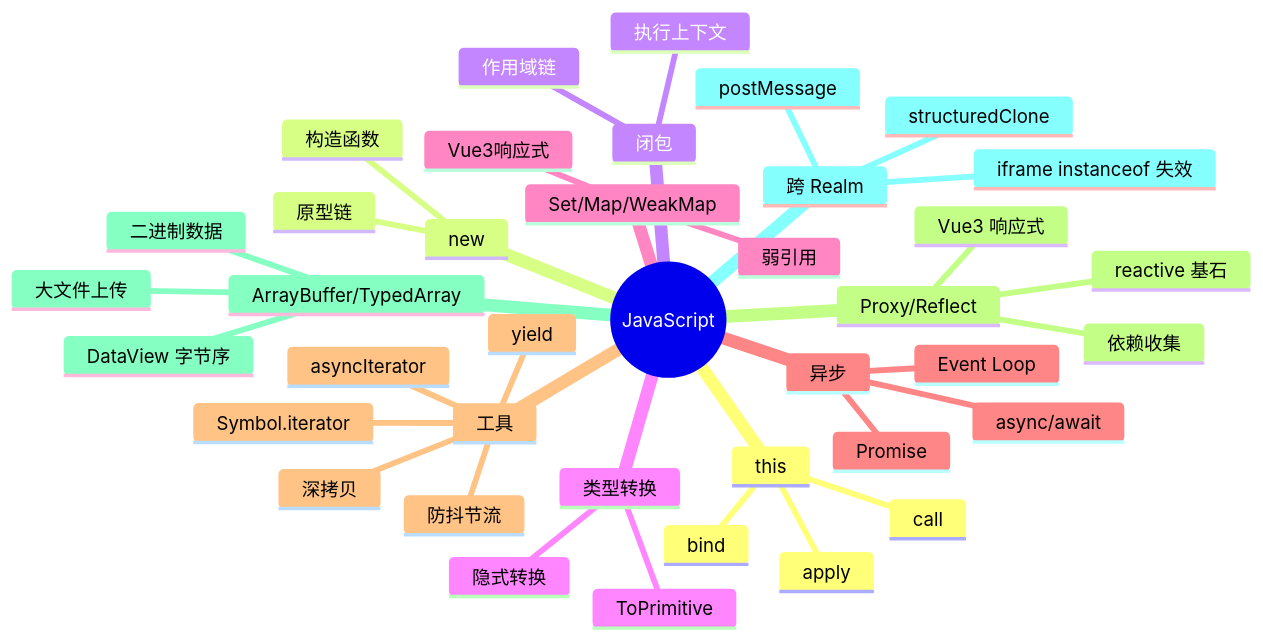
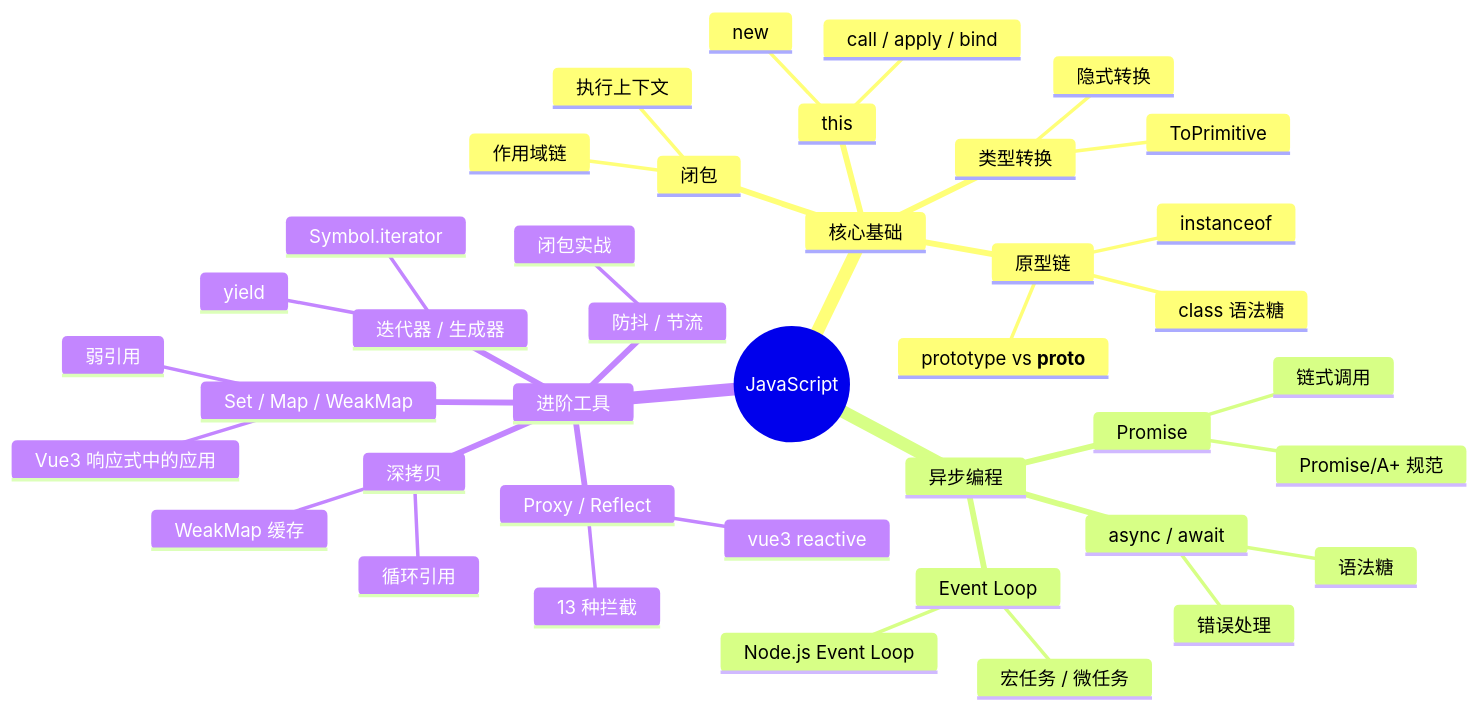
The diagram in docs/JavaScript/index.md (zjh42139/interview-notes), drawn with Mermaid before and after one commit. The commit also changed other lines of this file and 4 other files, not shown here.

First line of the commit message:
refactor: 知识地图全量整理——4模块mindmap缩并+学习顺序修正

````diff
--- a/docs/JavaScript/index.md
+++ b/docs/JavaScript/index.md
@@ -9,42 +9,43 @@
 ```mermaid
 mindmap
   root((JavaScript))
-    this
-      call
-      apply
-      bind
-    new
-      构造函数
+    核心基础
+      this
+        call / apply / bind
+        new
       原型链
-    闭包
-      作用域链
-      执行上下文
-    类型转换
-      隐式转换
-      ToPrimitive
-    Set/Map/WeakMap
-      弱引用
-      Vue3响应式
-    异步
+        prototype vs __proto__
+        instanceof
+        class 语法糖
+      闭包
+        作用域链
+        执行上下文
+      类型转换
+        隐式转换
+        ToPrimitive
+    异步编程
       Promise
+        链式调用
+        Promise/A+ 规范
+      async / await
+        语法糖
+        错误处理
       Event Loop
-      async/await
-    工具
+        宏任务 / 微任务
+        Node.js Event Loop
+    进阶工具
+      Set / Map / WeakMap
+        弱引用
+        Vue3 响应式中的应用
+      Proxy / Reflect
+        13 种拦截
+        vue3 reactive
       深拷贝
-      防抖节流
-      yield
-      Symbol.iterator
-      asyncIterator
-    Proxy/Reflect
-      reactive 基石
-      依赖收集
-      Vue3 响应式
-    ArrayBuffer/TypedArray
-      二进制数据
-      大文件上传
-      DataView 字节序
-    跨 Realm
-      iframe instanceof 失效
-      postMessage
-      structuredClone
+        循环引用
+        WeakMap 缓存
+      防抖 / 节流
+        闭包实战
+      迭代器 / 生成器
+        Symbol.iterator
+        yield
 ```
````
